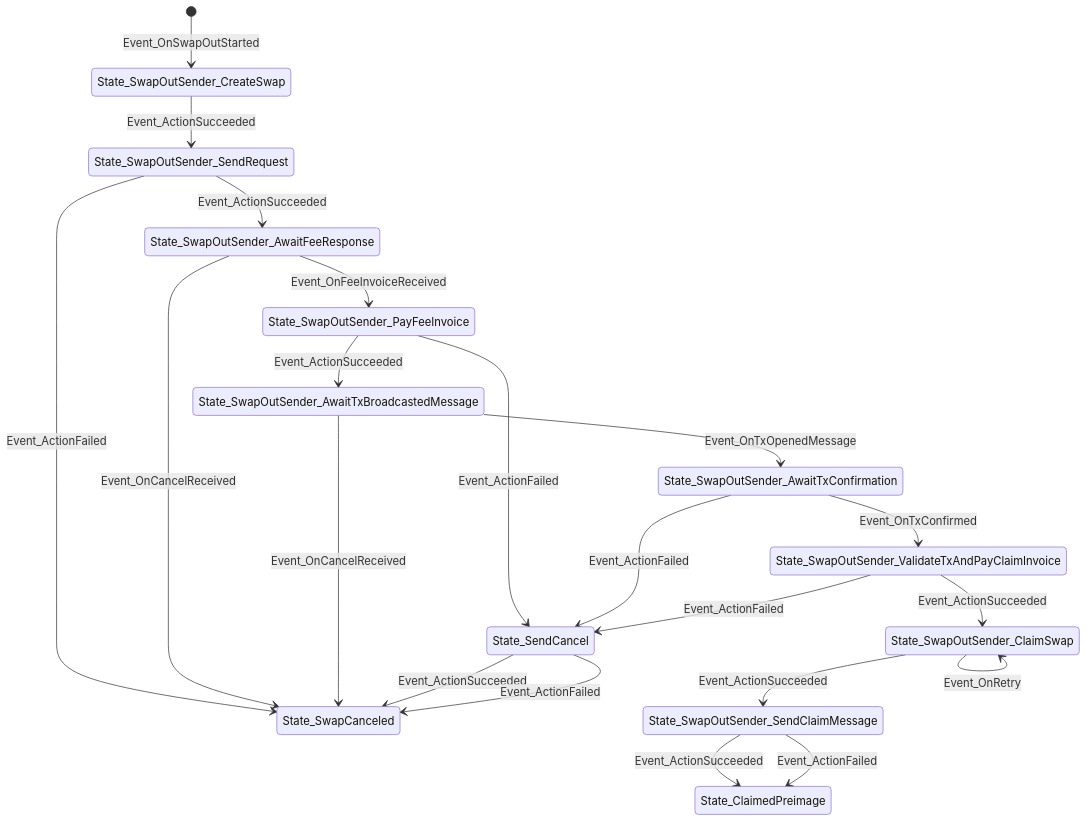
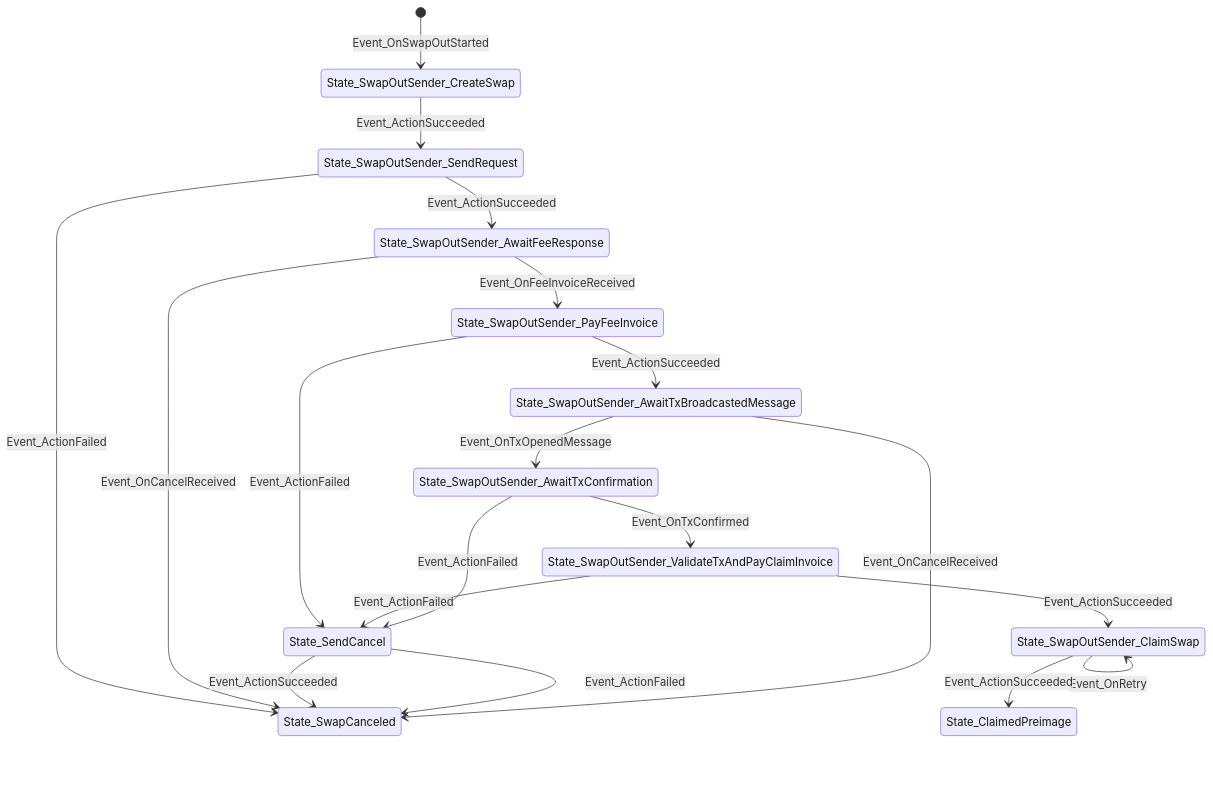
One commit to ElementsProject/peerswap changed the diagram in docs/states_swapout_sender.md. Above: the diagram before and after it, drawn with Mermaid. The commit also changed 9 other files, not shown here.

````diff
--- a/docs/states_swapout_sender.md
+++ b/docs/states_swapout_sender.md
@@ -1,35 +1,32 @@
 ```mermaid
 stateDiagram-v2
+[*] --> State_SwapOutSender_CreateSwap: Event_OnSwapOutStarted
+State_SwapOutSender_CreateSwap
+State_SwapOutSender_CreateSwap --> State_SwapOutSender_SendRequest: Event_ActionSucceeded
 State_SwapOutSender_SendRequest
 State_SwapOutSender_SendRequest --> State_SwapCanceled: Event_ActionFailed
 State_SwapOutSender_SendRequest --> State_SwapOutSender_AwaitFeeResponse: Event_ActionSucceeded
 State_SwapOutSender_AwaitFeeResponse
 State_SwapOutSender_AwaitFeeResponse --> State_SwapCanceled: Event_OnCancelReceived
 State_SwapOutSender_AwaitFeeResponse --> State_SwapOutSender_PayFeeInvoice: Event_OnFeeInvoiceReceived
-State_SwapOutSender_AwaitTxBroadcastedMessage
-State_SwapOutSender_AwaitTxBroadcastedMessage --> State_SwapCanceled: Event_OnCancelReceived
-State_SwapOutSender_AwaitTxBroadcastedMessage --> State_SwapOutSender_AwaitTxConfirmation: Event_OnTxOpenedMessage
-State_SwapOutSender_SendClaimMessage
-State_SwapOutSender_SendClaimMessage --> State_ClaimedPreimage: Event_ActionSucceeded
-State_SwapOutSender_SendClaimMessage --> State_ClaimedPreimage: Event_ActionFailed
-State_SwapCanceled
-State_ClaimedPreimage
-State_SwapOutSender_CreateSwap
-State_SwapOutSender_CreateSwap --> State_SwapOutSender_SendRequest: Event_ActionSucceeded
 State_SwapOutSender_PayFeeInvoice
 State_SwapOutSender_PayFeeInvoice --> State_SendCancel: Event_ActionFailed
 State_SwapOutSender_PayFeeInvoice --> State_SwapOutSender_AwaitTxBroadcastedMessage: Event_ActionSucceeded
 State_SendCancel
 State_SendCancel --> State_SwapCanceled: Event_ActionSucceeded
 State_SendCancel --> State_SwapCanceled: Event_ActionFailed
-State_SwapOutSender_AwaitTxConfirmation
-State_SwapOutSender_AwaitTxConfirmation --> State_SendCancel: Event_ActionFailed
-State_SwapOutSender_AwaitTxConfirmation --> State_SwapOutSender_ValidateTxAndPayClaimInvoice: Event_OnTxConfirmed
 State_SwapOutSender_ValidateTxAndPayClaimInvoice
 State_SwapOutSender_ValidateTxAndPayClaimInvoice --> State_SendCancel: Event_ActionFailed
 State_SwapOutSender_ValidateTxAndPayClaimInvoice --> State_SwapOutSender_ClaimSwap: Event_ActionSucceeded
+State_SwapCanceled
+State_ClaimedPreimage
+State_SwapOutSender_AwaitTxBroadcastedMessage
+State_SwapOutSender_AwaitTxBroadcastedMessage --> State_SwapCanceled: Event_OnCancelReceived
+State_SwapOutSender_AwaitTxBroadcastedMessage --> State_SwapOutSender_AwaitTxConfirmation: Event_OnTxOpenedMessage
+State_SwapOutSender_AwaitTxConfirmation
+State_SwapOutSender_AwaitTxConfirmation --> State_SwapOutSender_ValidateTxAndPayClaimInvoice: Event_OnTxConfirmed
+State_SwapOutSender_AwaitTxConfirmation --> State_SendCancel: Event_ActionFailed
 State_SwapOutSender_ClaimSwap
-State_SwapOutSender_ClaimSwap --> State_SwapOutSender_SendClaimMessage: Event_ActionSucceeded
 State_SwapOutSender_ClaimSwap --> State_SwapOutSender_ClaimSwap: Event_OnRetry
-[*] --> State_SwapOutSender_CreateSwap: Event_OnSwapOutStarted
+State_SwapOutSender_ClaimSwap --> State_ClaimedPreimage: Event_ActionSucceeded
 ```
````
